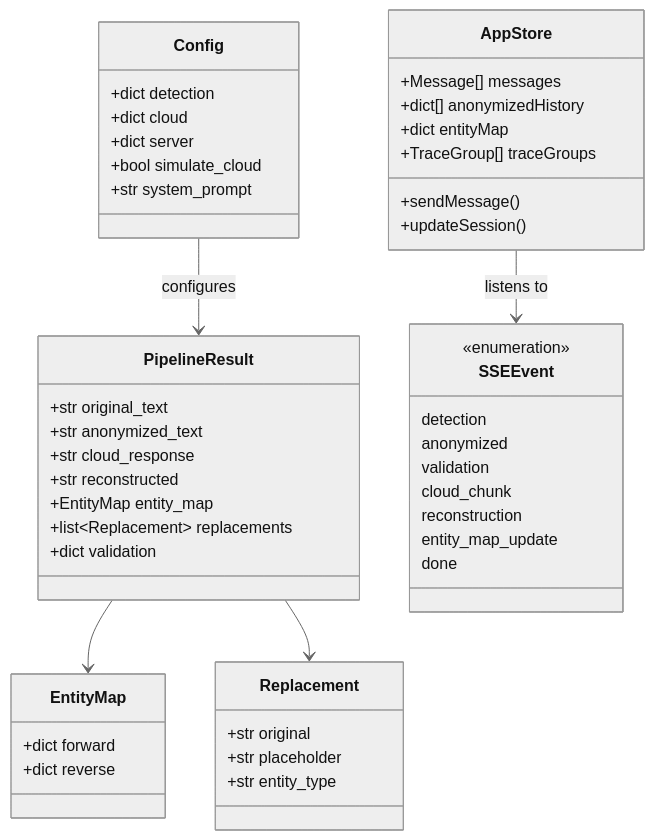
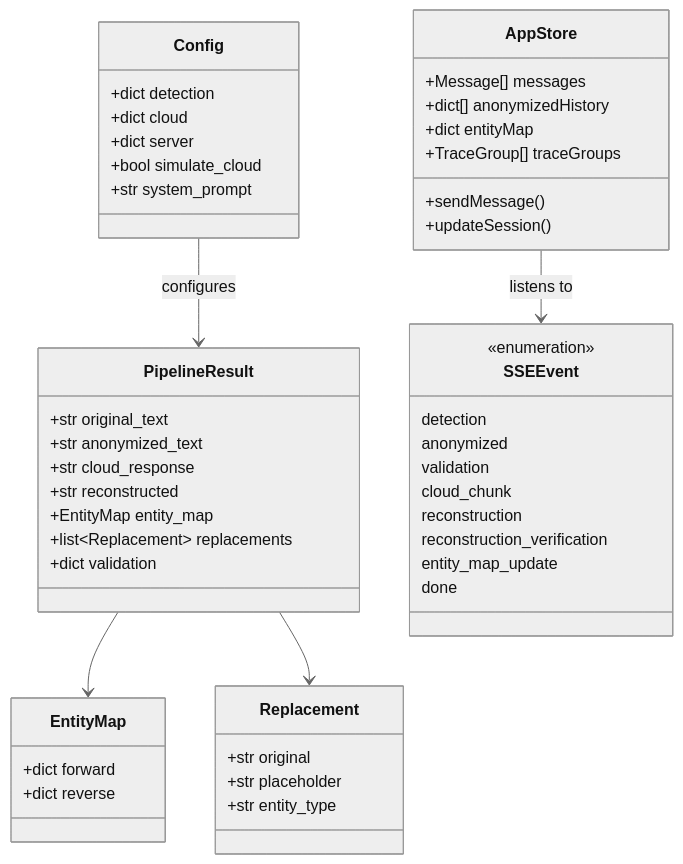
The fifth of 6 diagrams in diagrams.md (itzrnvr/CloakChat), drawn with Mermaid (neutral theme) before and after one commit. The commit also changed other lines of this file and 72 other files, not shown here.

First line of the commit message:
feat: PydanticAI privacy agent, clarification flow, debug tracing, verification

````diff
--- a/diagrams.md
+++ b/diagrams.md
@@ -218,56 +228,57 @@
 ```mermaid
 classDiagram
     class Replacement {
         +str original
         +str placeholder
         +str entity_type
     }
 
     class EntityMap {
         +dict forward
         +dict reverse
     }
 
     class PipelineResult {
         +str original_text
         +str anonymized_text
         +str cloud_response
         +str reconstructed
         +EntityMap entity_map
         +list~Replacement~ replacements
         +dict validation
     }
 
     class Config {
         +dict detection
         +dict cloud
         +dict server
         +bool simulate_cloud
         +str system_prompt
     }
 
     class AppStore {
         +Message[] messages
         +dict[] anonymizedHistory
         +dict entityMap
         +TraceGroup[] traceGroups
         +sendMessage()
         +updateSession()
     }
 
     class SSEEvent {
         <<enumeration>>
         detection
         anonymized
         validation
         cloud_chunk
         reconstruction
+        reconstruction_verification
         entity_map_update
         done
     }
 
     PipelineResult --> EntityMap
     PipelineResult --> Replacement
     AppStore --> SSEEvent : listens to
     Config --> PipelineResult : configures
 ```
````
